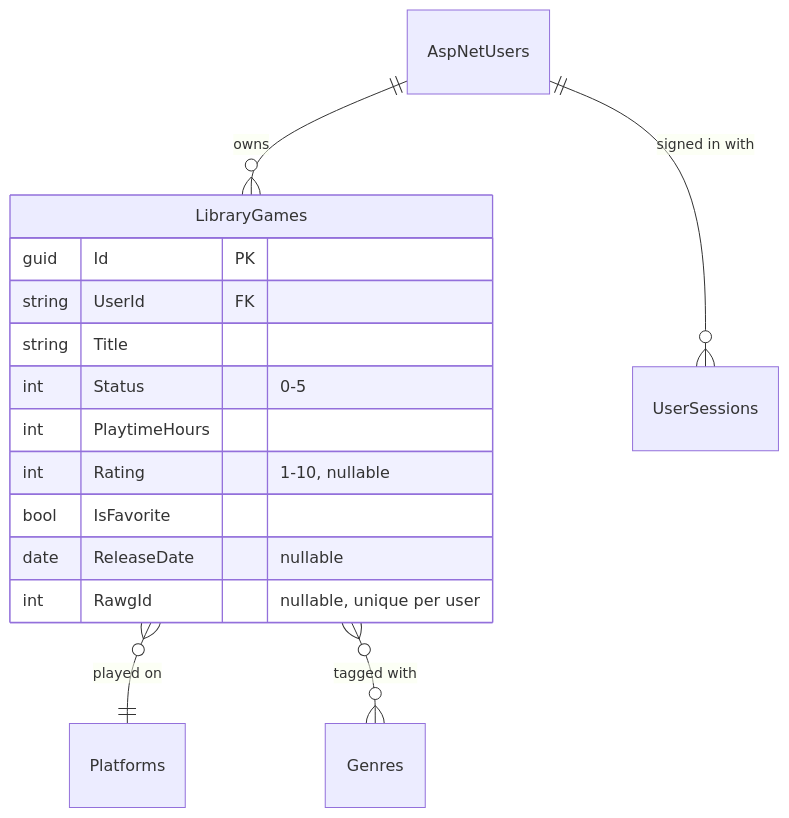
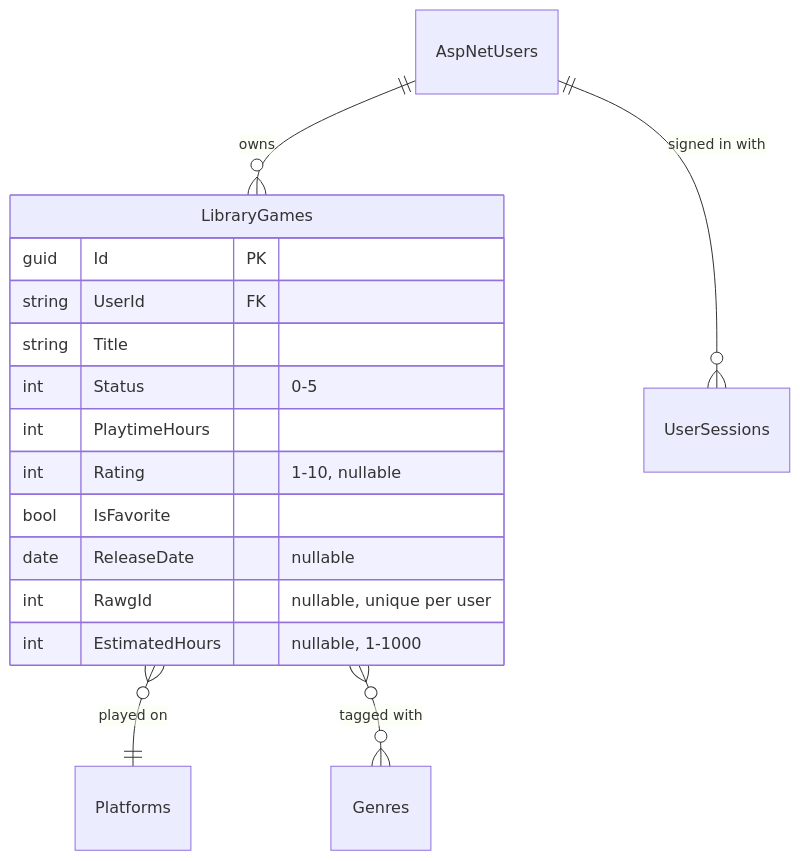
The second of 2 diagrams in README.md (MertDas24/GameVault), drawn with Mermaid before and after one commit. The commit also changed other lines of this file and 40 other files, not shown here.

````diff
--- a/README.md
+++ b/README.md
@@ -137,19 +140,20 @@
 ```mermaid
 erDiagram
     AspNetUsers ||--o{ LibraryGames : owns
     AspNetUsers ||--o{ UserSessions : "signed in with"
     LibraryGames }o--|| Platforms : "played on"
     LibraryGames }o--o{ Genres : "tagged with"
 
     LibraryGames {
         guid Id PK
         string UserId FK
         string Title
         int Status "0-5"
         int PlaytimeHours
         int Rating "1-10, nullable"
         bool IsFavorite
         date ReleaseDate "nullable"
         int RawgId "nullable, unique per user"
+        int EstimatedHours "nullable, 1-1000"
     }
 ```
````
